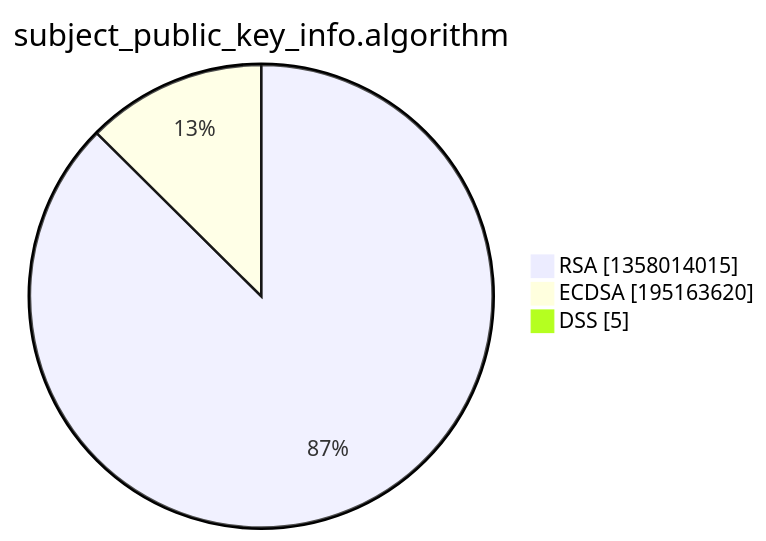
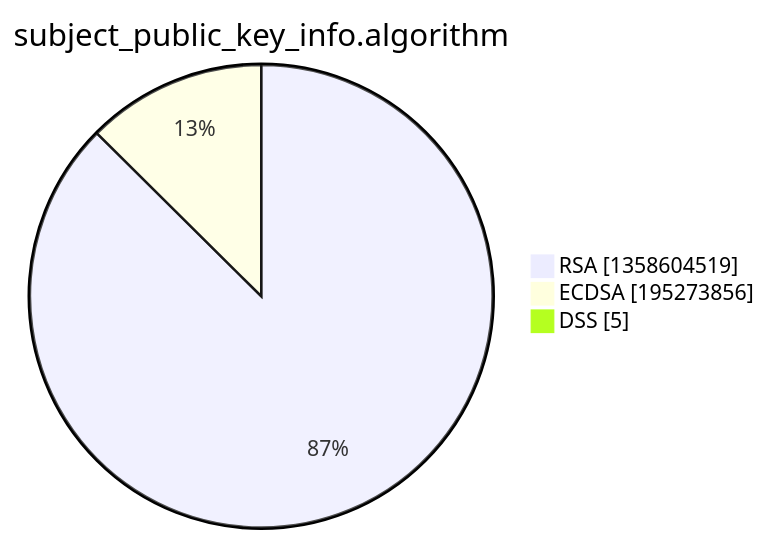
The third of 15 diagrams in xenon2022/README.md (christiankrug/ctmonitor_visualization), drawn with Mermaid before and after one commit. The commit also changed other lines of this file, not shown here.

````diff
--- a/xenon2022/README.md
+++ b/xenon2022/README.md
@@ -14,7 +14,7 @@
 ```mermaid
 pie showData
 title subject_public_key_info.algorithm
-"RSA" :1358014015
-"ECDSA" :195163620
+"RSA" :1358604519
+"ECDSA" :195273856
 "DSS" :5
 ```
````
